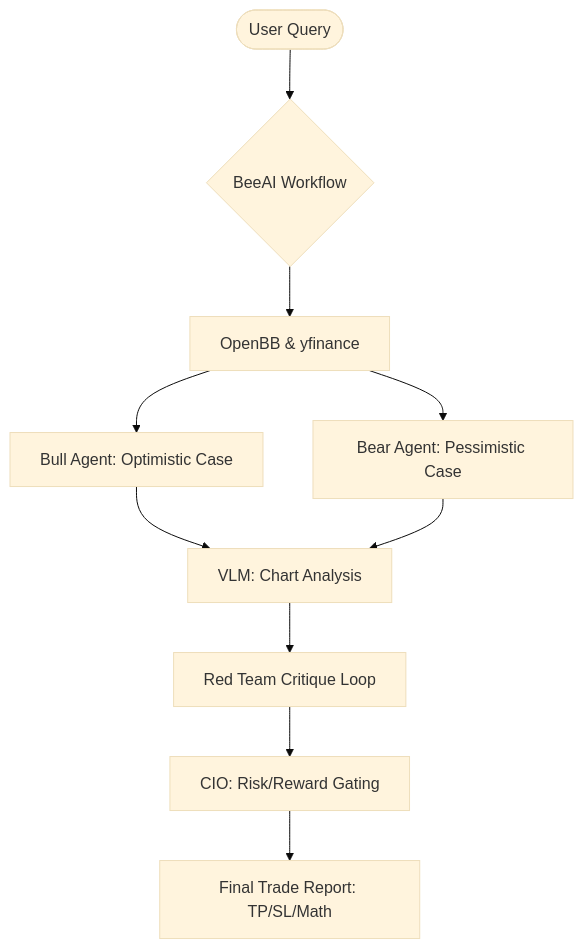
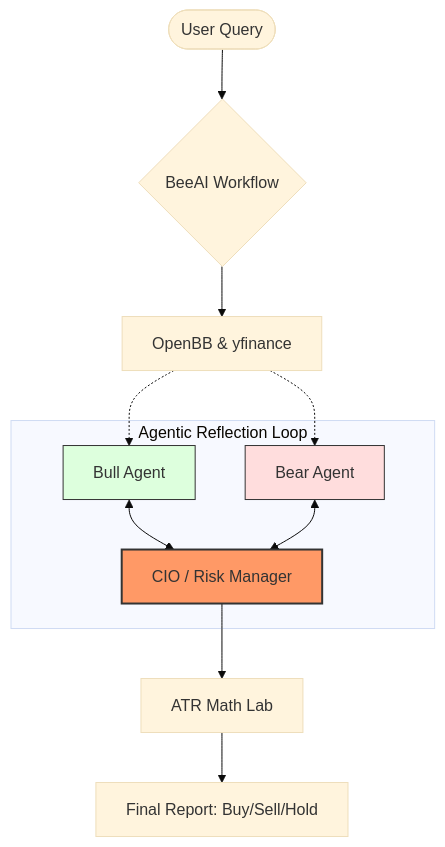
One commit to aarya-pabha/-AI-Stock-Analysis-Chatbot changed the diagram in README.md. Above: the diagram before and after it, drawn with Mermaid (base theme).

Commit message:
docs: update architecture diagram to show bi-directional reflection loop

````diff
--- a/README.md
+++ b/README.md
@@ -23,11 +23,20 @@
 ```mermaid
 graph TD
     User([User Query]) --> Orchestrator{BeeAI Workflow}
     Orchestrator --> Tools[OpenBB & yfinance]
-    Tools --> Bull[Bull Agent: Optimistic Case]
-    Tools --> Bear[Bear Agent: Pessimistic Case]
-    Bull & Bear --> VLM[VLM: Chart Analysis]
-    VLM --> Critique[Red Team Critique Loop]
-    Critique --> CIO[CIO: Risk/Reward Gating]
-    CIO --> Final[Final Trade Report: TP/SL/Math]
+    
+    subgraph "Agentic Reflection Loop"
+        Bull[Bull Agent] <--> CIO[CIO / Risk Manager]
+        Bear[Bear Agent] <--> CIO
+    end
+    
+    Tools -.-> Bull
+    Tools -.-> Bear
+    
+    CIO --> Math[ATR Math Lab]
+    Math --> Final[Final Report: Buy/Sell/Hold]
+    
+    style CIO fill:#f96,stroke:#333,stroke-width:2px
+    style Bull fill:#dfd,stroke:#333
+    style Bear fill:#fdd,stroke:#333
 ```
````
